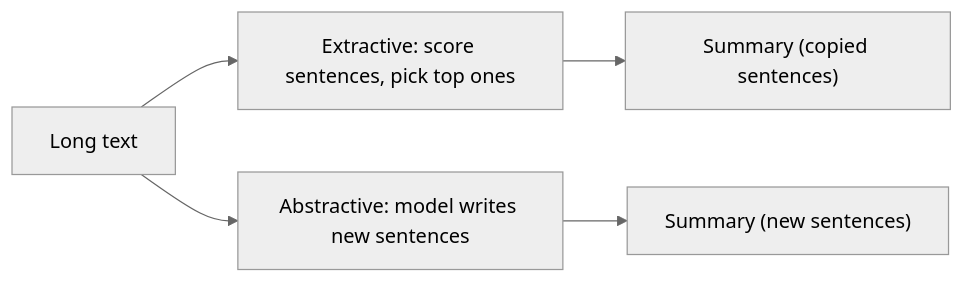
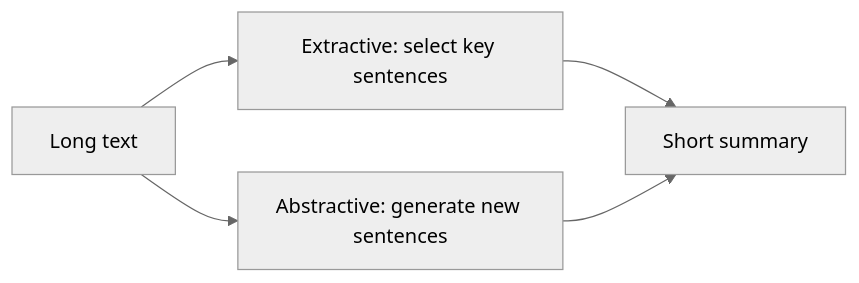
Before and after one commit to TrendySloth1001/sem-seven-notes: the diagram in content/natural-language-processing/pyq/2024-12/q6a.mdx, drawn with Mermaid (neutral theme). The commit also changed other lines of this file and 406 other files, not shown here.

````diff
--- a/content/natural-language-processing/pyq/2024-12/q6a.mdx
+++ b/content/natural-language-processing/pyq/2024-12/q6a.mdx
@@ -14,6 +16,6 @@
 ```mermaid
-%% caption: Extractive summarization scores and selects sentences; abstractive summarization writes new ones.
+%% caption: Extractive picks sentences; abstractive writes new ones.
 flowchart LR
-  T["Long text"] --> E["Extractive: score sentences, pick top ones"] --> S1["Summary (copied sentences)"]
-  T --> A["Abstractive: model writes new sentences"] --> S2["Summary (new sentences)"]
+  T["Long text"] --> E["Extractive: select key sentences"] --> S["Short summary"]
+  T --> A["Abstractive: generate new sentences"] --> S
 ```
````
